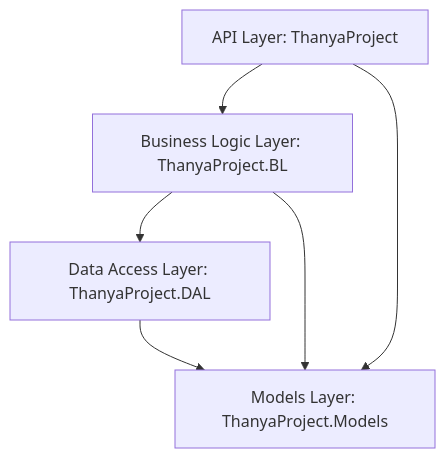
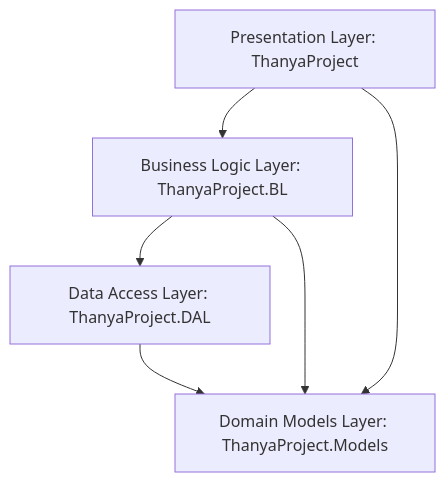
Before and after one commit to nhahub/NHA-4-171: the first of 2 diagrams in README.md, drawn with Mermaid. The commit also changed other lines of this file and 19 other files, not shown here.

````diff
--- a/README.md
+++ b/README.md
@@ -11,8 +108,8 @@
 ```mermaid
 graph TD
-    API[API Layer: ThanyaProject] --> BL[Business Logic Layer: ThanyaProject.BL]
+    API[Presentation Layer: ThanyaProject] --> BL[Business Logic Layer: ThanyaProject.BL]
     BL --> DAL[Data Access Layer: ThanyaProject.DAL]
-    BL --> MD[Models Layer: ThanyaProject.Models]
+    BL --> MD[Domain Models Layer: ThanyaProject.Models]
     API --> MD
     DAL --> MD
 ```
````
